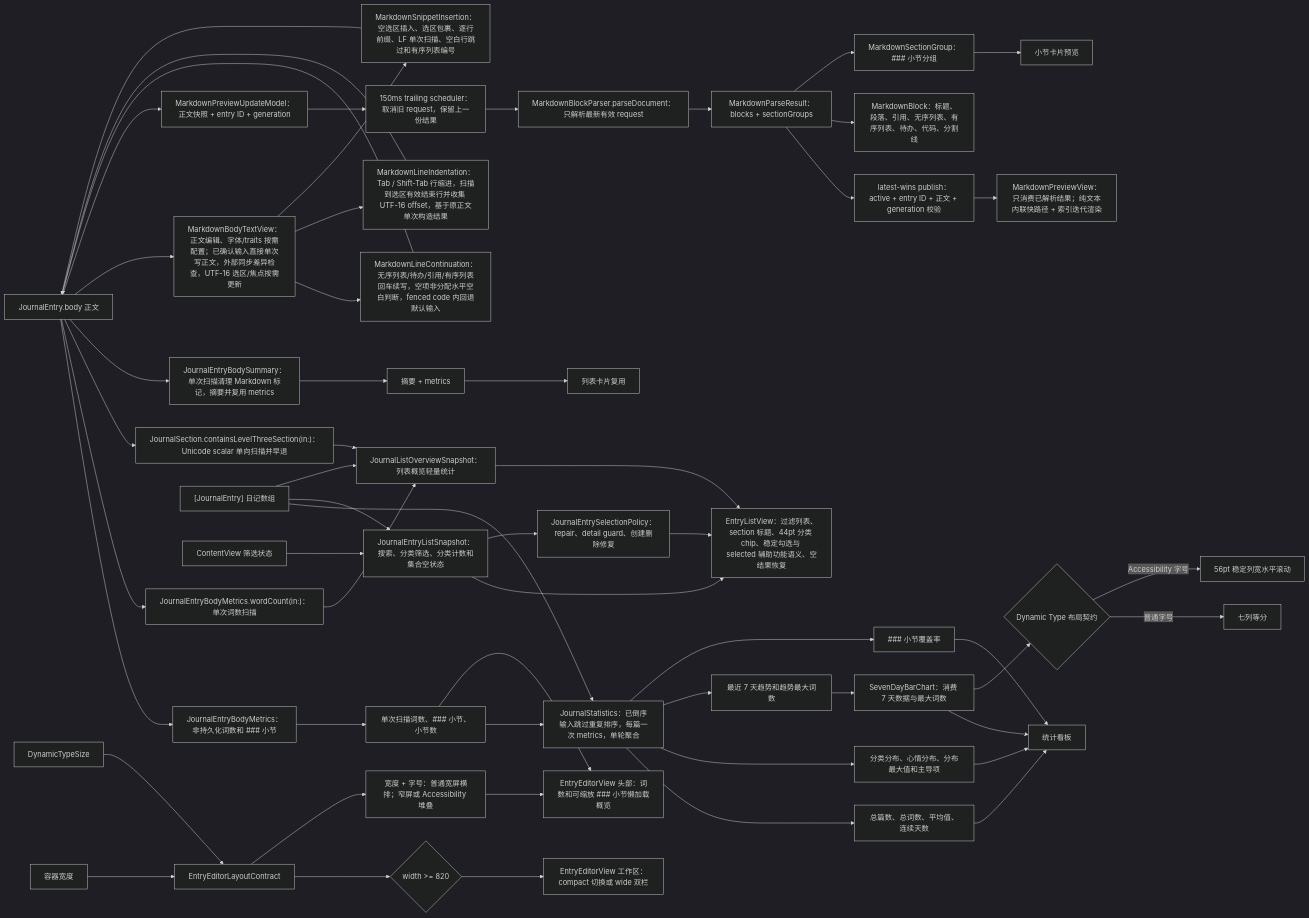
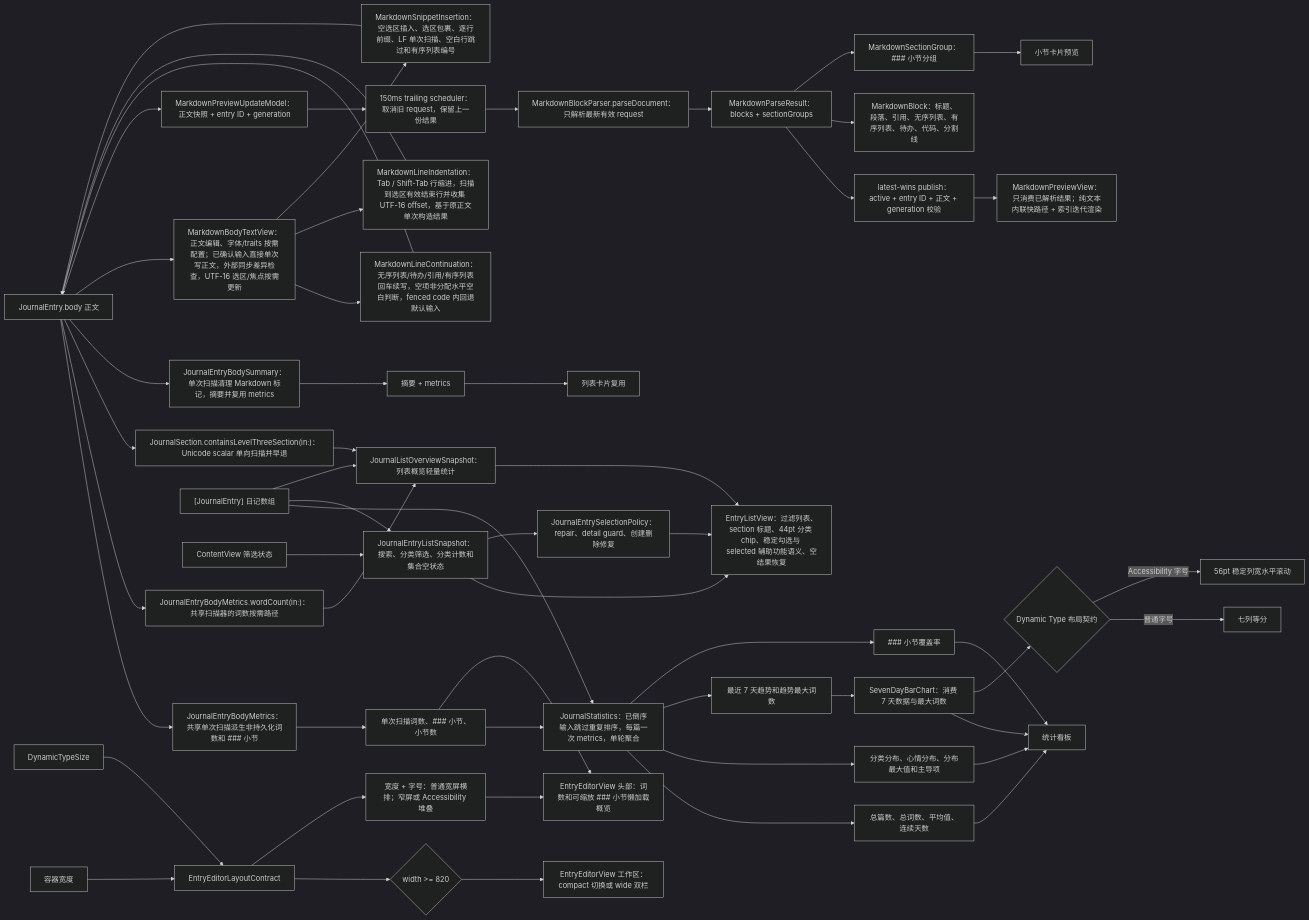
One commit to Altman-sam114/117 changed the fourth of 6 diagrams in md/flow/flowchart.md. Above: the diagram before and after it, drawn with Mermaid (dark theme). The commit also changed other lines of this file and 8 other files, not shown here.

Commit message:
perf(metrics): share body scan

````diff
--- a/md/flow/flowchart.md
+++ b/md/flow/flowchart.md
@@ -167,56 +167,56 @@
 ```mermaid
 flowchart LR
-  Body["JournalEntry.body 正文"] --> MetricsNode2["JournalEntryBodyMetrics：非持久化词数和 ### 小节"]
-  Body --> OverviewWordCount["JournalEntryBodyMetrics.wordCount(in:)：单次词数扫描"]
+  Body["JournalEntry.body 正文"] --> MetricsNode2["JournalEntryBodyMetrics：共享单次扫描派生非持久化词数和 ### 小节"]
+  Body --> OverviewWordCount["JournalEntryBodyMetrics.wordCount(in:)：共享扫描器的词数按需路径"]
   Body --> SectionPresence2["JournalSection.containsLevelThreeSection(in:)：Unicode scalar 单向扫描并早退"]
   Body --> Summary["JournalEntryBodySummary：单次扫描清理 Markdown 标记，摘要并复用 metrics"]
   Body --> BodyText["MarkdownBodyTextView：正文编辑、字体/traits 按需配置；已确认输入直接单次写正文，外部同步差异检查，UTF-16 选区/焦点按需更新"]
   BodyText --> ContinueRule["MarkdownLineContinuation：无序列表/待办/引用/有序列表回车续写，空项非分配水平空白判断，fenced code 内回退默认输入"]
   ContinueRule --> Body
   BodyText --> IndentRule["MarkdownLineIndentation：Tab / Shift-Tab 行缩进，扫描到选区有效结束行并收集 UTF-16 offset，基于原正文单次构造结果"]
   IndentRule --> Body
   BodyText --> InsertRule["MarkdownSnippetInsertion：空选区插入、选区包裹、逐行前缀、LF 单次扫描、空白行跳过和有序列表编号"]
   InsertRule --> Body
   MetricsNode2 --> MetricsData["单次扫描词数、### 小节、小节数"]
   Summary --> Excerpt["摘要 + metrics"]
   Excerpt --> RowEditor["列表卡片复用"]
   MetricsData --> Statistics["JournalStatistics：已倒序输入跳过重复排序，每篇一次 metrics，单轮聚合"]
   EditorWidth["容器宽度"] --> EditorLayout["EntryEditorLayoutContract"]
   EditorTypeSize["DynamicTypeSize"] --> EditorLayout
   EditorLayout --> WorkspaceDecision{"width >= 820"}
   WorkspaceDecision --> EditorWorkspace["EntryEditorView 工作区：compact 切换或 wide 双栏"]
   EditorLayout --> HeaderDecision["宽度 + 字号：普通宽屏横排；窄屏或 Accessibility 堆叠"]
   MetricsData --> EditorHeader["EntryEditorView 头部：词数和可缩放 ### 小节懒加载概览"]
   HeaderDecision --> EditorHeader
   Body --> PreviewRequest["MarkdownPreviewUpdateModel：正文快照 + entry ID + generation"]
   PreviewRequest --> PreviewScheduler["150ms trailing scheduler：取消旧 request，保留上一份结果"]
   PreviewScheduler --> Parse["MarkdownBlockParser.parseDocument：只解析最新有效 request"]
   Parse --> Result["MarkdownParseResult：blocks + sectionGroups"]
   Result --> LatestWins["latest-wins publish：active + entry ID + 正文 + generation 校验"]
   Result --> Blocks["MarkdownBlock：标题、段落、引用、无序列表、有序列表、待办、代码、分割线"]
   LatestWins --> Preview["MarkdownPreviewView：只消费已解析结果；纯文本内联快路径 + 索引迭代渲染"]
   Result --> Sections["MarkdownSectionGroup：### 小节分组"]
   Sections --> SectionPreview["小节卡片预览"]
   Entries["[JournalEntry] 日记数组"] --> Statistics
   FilterState2["ContentView 筛选状态"] --> ListSnapshot2["JournalEntryListSnapshot：搜索、分类筛选、分类计数和集合空状态"]
   Entries --> ListSnapshot2
   ListSnapshot2 --> ListView["EntryListView：过滤列表、section 标题、44pt 分类 chip、稳定勾选与 selected 辅助功能语义、空结果恢复"]
   ListSnapshot2 --> SelectionPolicy2["JournalEntrySelectionPolicy：repair、detail guard、创建删除修复"]
   SelectionPolicy2 --> ListView
   Entries --> ListOverview2["JournalListOverviewSnapshot：列表概览轻量统计"]
   OverviewWordCount --> ListOverview2
   SectionPresence2 --> ListOverview2
   ListOverview2 --> ListView
   Statistics --> Metrics["总篇数、总词数、平均值、连续天数"]
   Statistics --> Distributions["分类分布、心情分布、分布最大值和主导项"]
   Statistics --> Trend["最近 7 天趋势和趋势最大词数"]
   Statistics --> Coverage["### 小节覆盖率"]
   Metrics --> Dashboard["统计看板"]
   Distributions --> Dashboard
   Trend --> TrendChart["SevenDayBarChart：消费 7 天数据与最大词数"]
   TrendChart --> Dashboard
   TrendChart --> TrendLayout2{"Dynamic Type 布局契约"}
   TrendLayout2 -- "普通字号" --> EqualTrend2["七列等分"]
   TrendLayout2 -- "Accessibility 字号" --> ScrollingTrend2["56pt 稳定列宽水平滚动"]
   Coverage --> Dashboard
 ```
````
